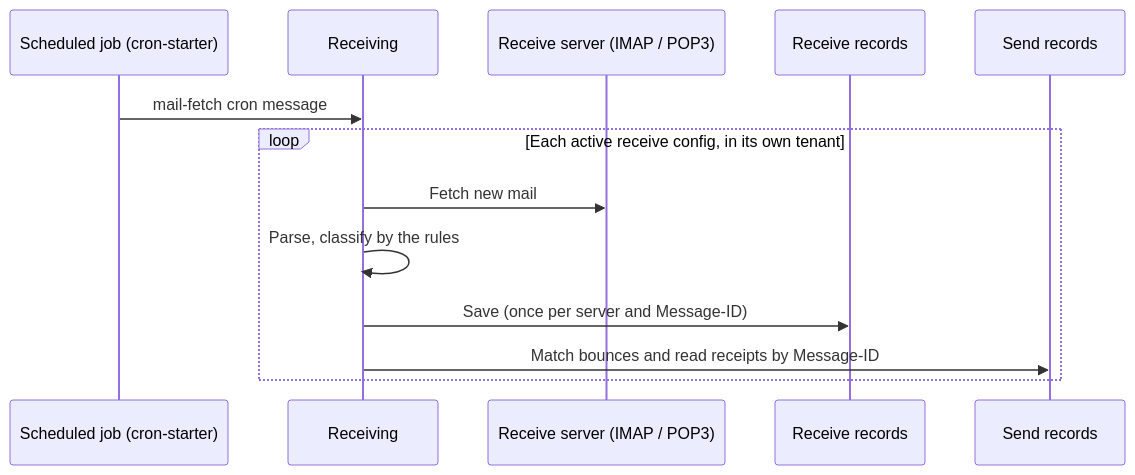
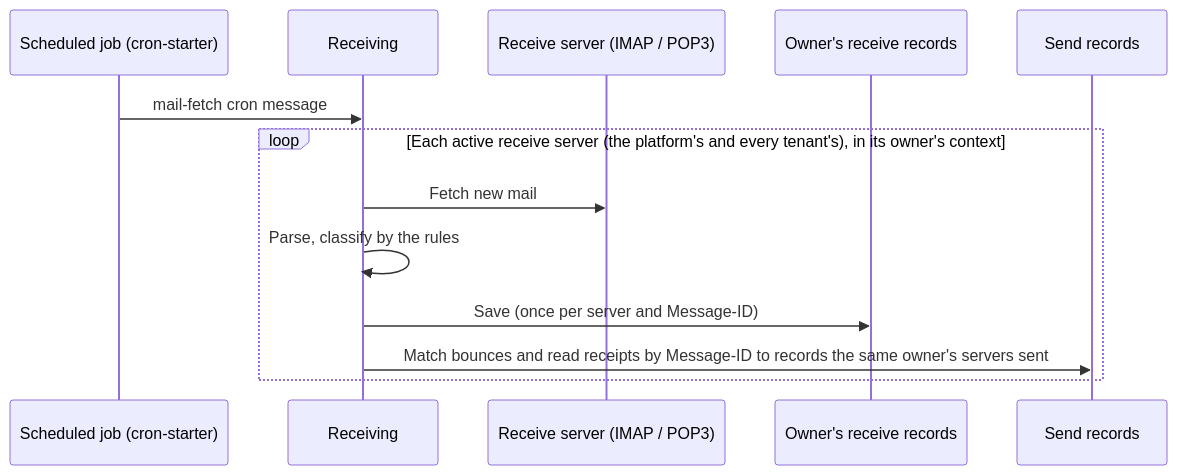
The diagram in content/en-US/docs/features/message/email.mdx (softa-io/softa-docs), drawn with Mermaid before and after one commit. The commit also changed other lines of this file and 27 other files, not shown here.

````diff
--- a/content/en-US/docs/features/message/email.mdx
+++ b/content/en-US/docs/features/message/email.mdx
@@ -163,15 +189,15 @@
 ```mermaid
 sequenceDiagram
     participant C as Scheduled job (cron-starter)
     participant M as Receiving
     participant S as Receive server (IMAP / POP3)
-    participant RR as Receive records
+    participant RR as Owner's receive records
     participant SR as Send records
     C->>M: mail-fetch cron message
-    loop Each active receive config, in its own tenant
+    loop Each active receive server (the platform's and every tenant's), in its owner's context
         M->>S: Fetch new mail
         M->>M: Parse, classify by the rules
         M->>RR: Save (once per server and Message-ID)
-        M->>SR: Match bounces and read receipts by Message-ID
+        M->>SR: Match bounces and read receipts by Message-ID to records the same owner's servers sent
     end
 ```
````
